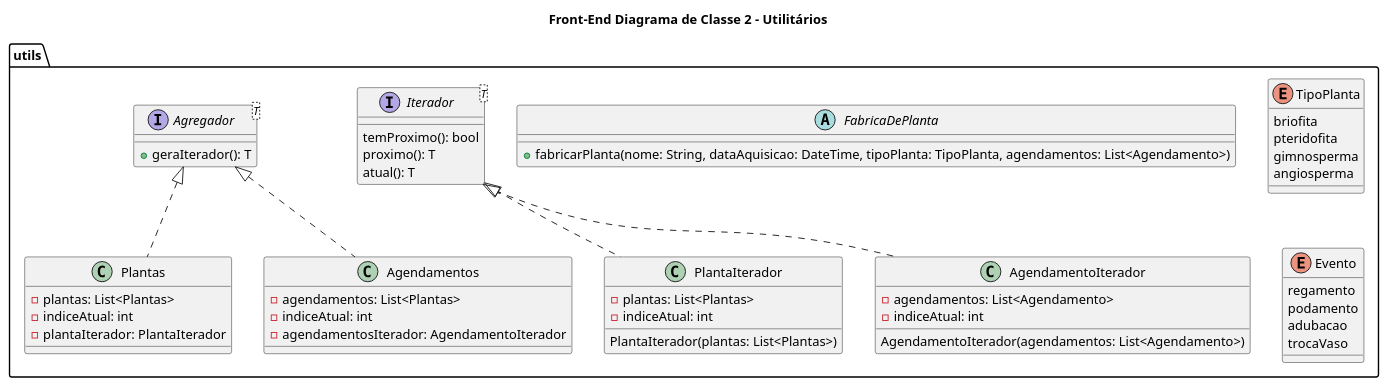
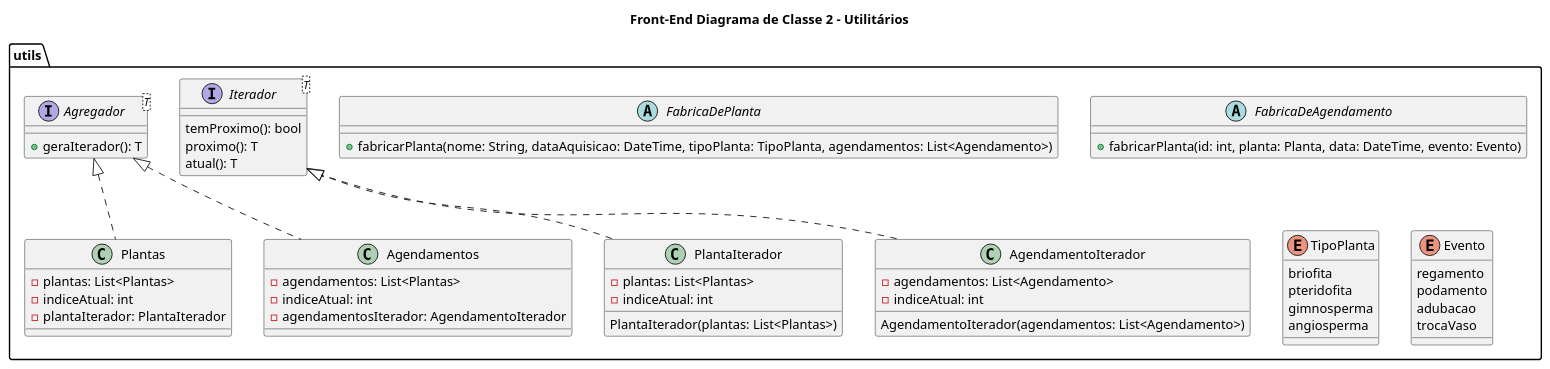
Before and after one commit to tiagors09/CareGardenProject: the diagram in docs/diagramas/src/diagramas_classe/frontend/diagrama_classe_2.plantuml, drawn with PlantUML. The commit also changed 1 other file, not shown here.

```diff
--- a/docs/diagramas/src/diagramas_classe/frontend/diagrama_classe_2.plantuml
+++ b/docs/diagramas/src/diagramas_classe/frontend/diagrama_classe_2.plantuml
@@ -1,63 +1,67 @@
 @startuml Diagrama_Classe_2
 title Front-End Diagrama de Classe 2 - Utilitários
 
 package utils {
   abstract class FabricaDePlanta {
     +fabricarPlanta(nome: String, dataAquisicao: DateTime, tipoPlanta: TipoPlanta, agendamentos: List<Agendamento>)
+  }
+
+  abstract class FabricaDeAgendamento {
+    +fabricarPlanta(id: int, planta: Planta, data: DateTime, evento: Evento)
   }
 
   enum TipoPlanta {
     briofita
     pteridofita
     gimnosperma
     angiosperma
   }
 
   enum Evento {
     regamento
     podamento
     adubacao
     trocaVaso
   }
 
   interface Iterador<T> {
     temProximo(): bool
     proximo(): T
     atual(): T
   }
 
   class PlantaIterador {
     -plantas: List<Plantas>
     -indiceAtual: int
     PlantaIterador(plantas: List<Plantas>)
   }
 
   class AgendamentoIterador {
     -agendamentos: List<Agendamento>
     -indiceAtual: int
     AgendamentoIterador(agendamentos: List<Agendamento>)
   }
 
   interface Agregador<T> {
     +geraIterador(): T
   }
 
   class Plantas {
     -plantas: List<Plantas>
     -indiceAtual: int
     -plantaIterador: PlantaIterador
   }
 
   class Agendamentos {
     -agendamentos: List<Plantas>
     -indiceAtual: int
     -agendamentosIterador: AgendamentoIterador
   }
 
   Iterador <|.. PlantaIterador
   Iterador <|.. AgendamentoIterador
 
   Agregador <|.. Plantas
   Agregador <|.. Agendamentos
 }
 @enduml
```
